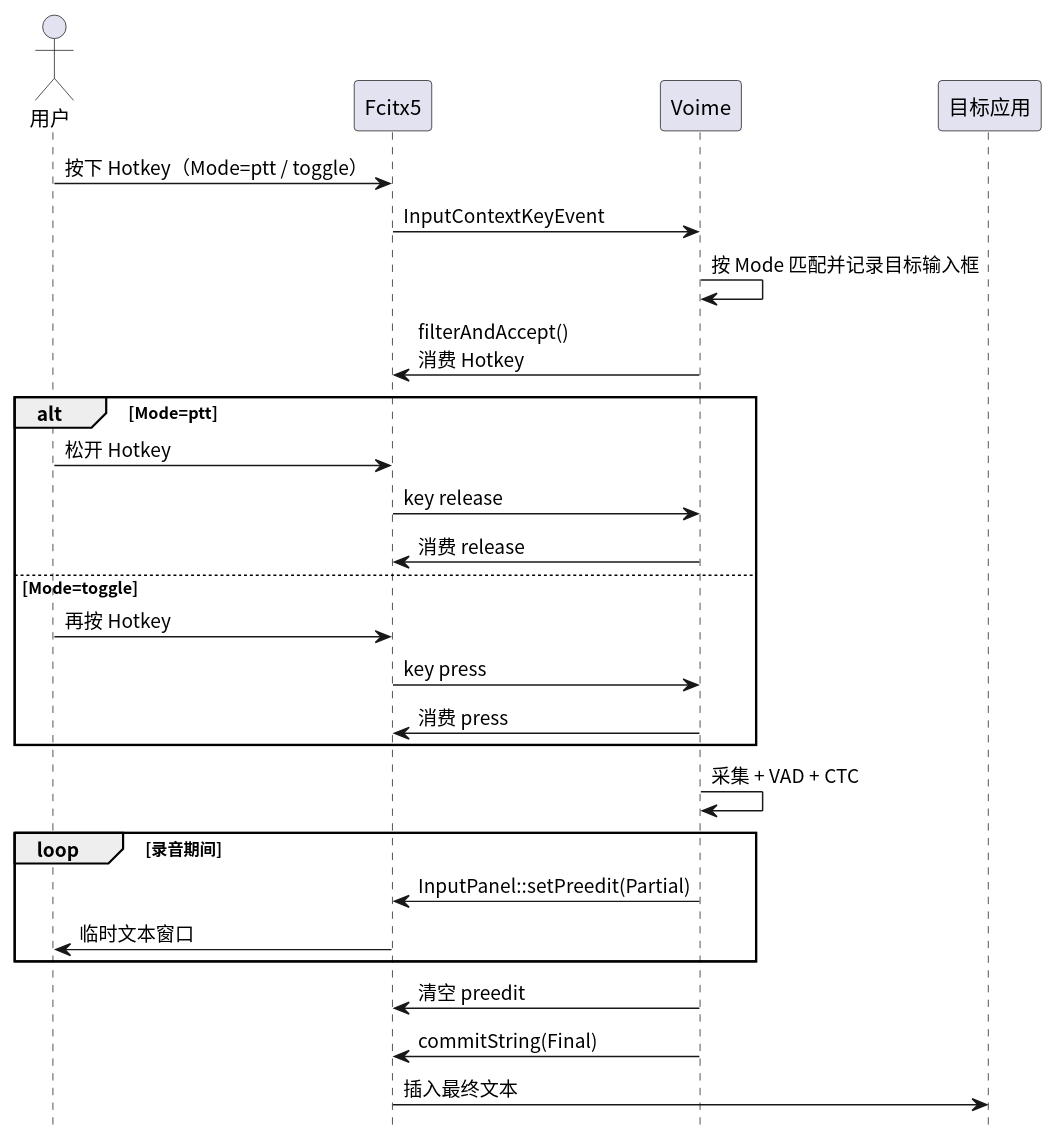
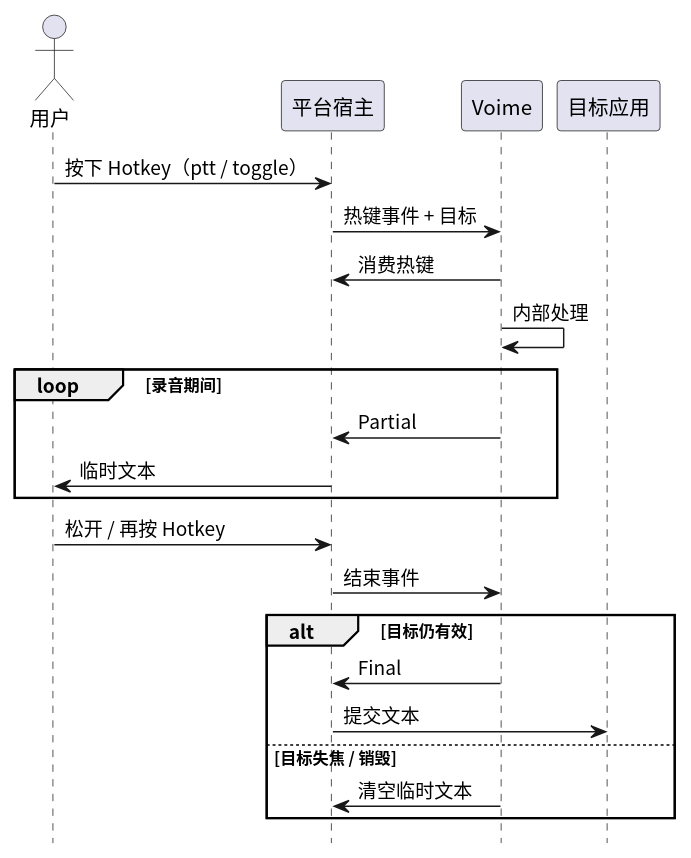
The diagram in diagram/seq-ptt.puml (54m43lJ/voime), drawn with PlantUML before and after one commit. The commit also changed 192 other files, not shown here.

```diff
--- a/diagram/seq-ptt.puml
+++ b/diagram/seq-ptt.puml
@@ -1,35 +1,30 @@
 @startuml
 skinparam defaultFontName "Noto Sans CJK SC"
 skinparam shadowing false
 hide footbox
 
 actor "用户" as User
-participant "Fcitx5" as Fcitx
+participant "平台宿主" as Host
 participant "Voime" as Voime
 participant "目标应用" as App
 
-User -> Fcitx : 按下 Hotkey（Mode=ptt / toggle）
-Fcitx -> Voime : InputContextKeyEvent
-Voime -> Voime : 按 Mode 匹配并记录目标输入框
-Voime -> Fcitx : filterAndAccept()\n消费 Hotkey
+User -> Host : 按下 Hotkey（ptt / toggle）
+Host -> Voime : 热键事件 + 目标
+Voime -> Host : 消费热键
+Voime -> Voime : 内部处理
 
-alt Mode=ptt
-  User -> Fcitx : 松开 Hotkey
-  Fcitx -> Voime : key release
-  Voime -> Fcitx : 消费 release
-else Mode=toggle
-  User -> Fcitx : 再按 Hotkey
-  Fcitx -> Voime : key press
-  Voime -> Fcitx : 消费 press
+loop 录音期间
+  Voime -> Host : Partial
+  Host -> User : 临时文本
 end
 
-Voime -> Voime : 采集 + VAD + CTC
-loop 录音期间
-  Voime -> Fcitx : InputPanel::setPreedit(Partial)
-  Fcitx -> User : 临时文本窗口
+User -> Host : 松开 / 再按 Hotkey
+Host -> Voime : 结束事件
+
+alt 目标仍有效
+  Voime -> Host : Final
+  Host -> App : 提交文本
+else 目标失焦 / 销毁
+  Voime -> Host : 清空临时文本
 end
-
-Voime -> Fcitx : 清空 preedit
-Voime -> Fcitx : commitString(Final)
-Fcitx -> App : 插入最终文本
 @enduml
```
